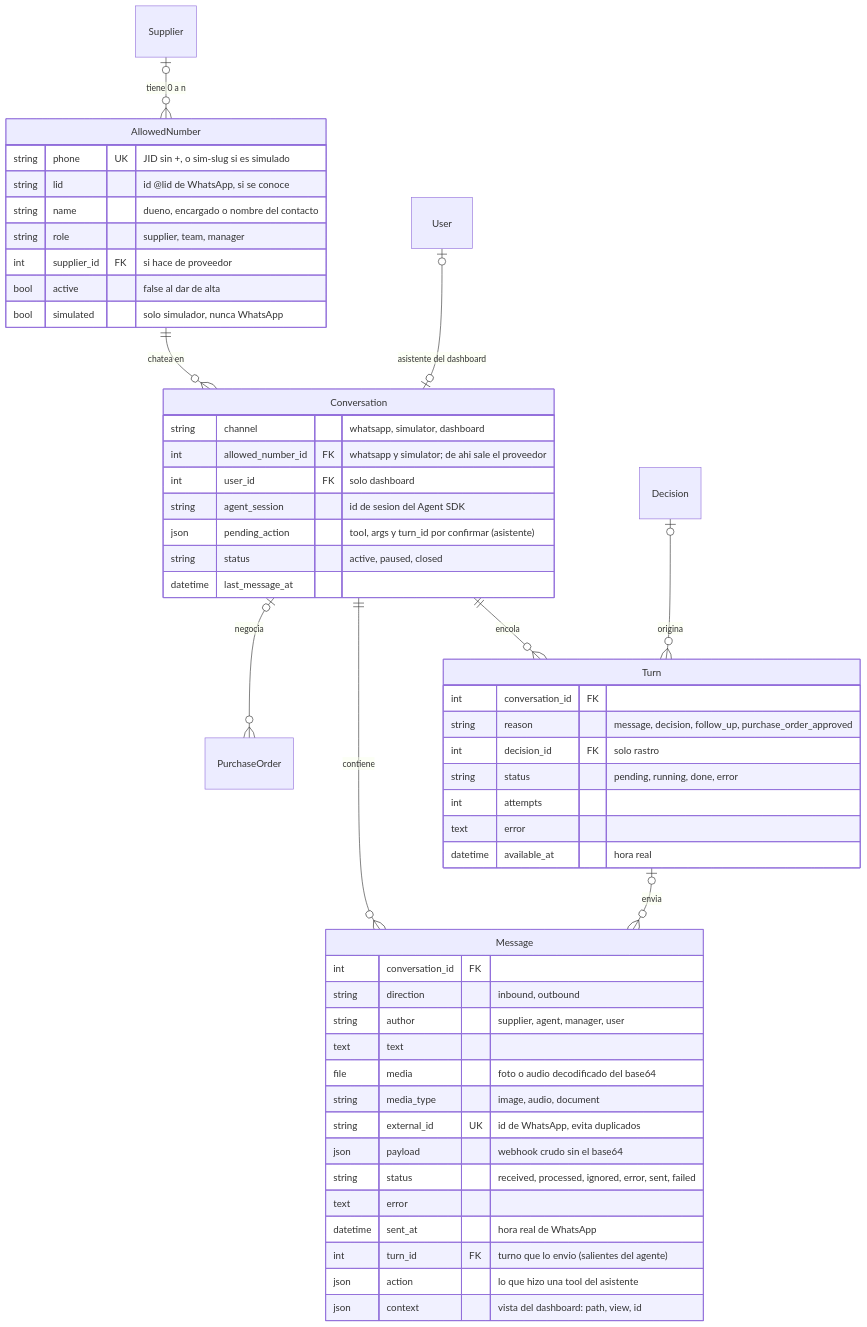
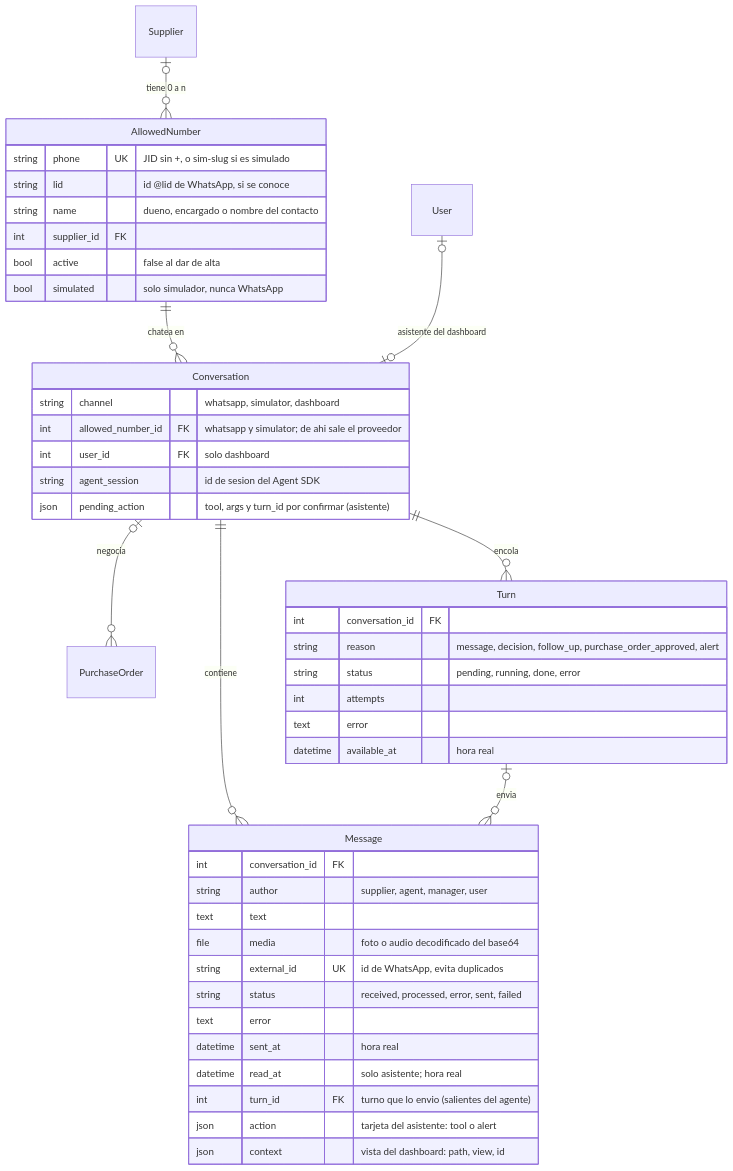
Before and after one commit to oscargicast/corpotex: the fourth of 11 diagrams in docs/backend/modelo-de-datos.md, drawn with Mermaid. The commit also changed other lines of this file and 32 other files, not shown here.

````diff
--- a/docs/backend/modelo-de-datos.md
+++ b/docs/backend/modelo-de-datos.md
@@ -474,55 +478,48 @@
 ```mermaid
 erDiagram
     Supplier |o--o{ AllowedNumber : "tiene 0 a n"
     AllowedNumber ||--o{ Conversation : "chatea en"
     User |o--o| Conversation : "asistente del dashboard"
     Conversation |o--o{ PurchaseOrder : "negocia"
     Conversation ||--o{ Message : "contiene"
     Conversation ||--o{ Turn : "encola"
     Turn |o--o{ Message : "envia"
-    Decision |o--o{ Turn : "origina"
 
     AllowedNumber {
         string phone UK "JID sin +, o sim-slug si es simulado"
         string lid "id @lid de WhatsApp, si se conoce"
         string name "dueno, encargado o nombre del contacto"
-        string role "supplier, team, manager"
-        int supplier_id FK "si hace de proveedor"
+        int supplier_id FK
         bool active "false al dar de alta"
         bool simulated "solo simulador, nunca WhatsApp"
     }
     Conversation {
         string channel "whatsapp, simulator, dashboard"
         int allowed_number_id FK "whatsapp y simulator; de ahi sale el proveedor"
         int user_id FK "solo dashboard"
         string agent_session "id de sesion del Agent SDK"
         json pending_action "tool, args y turn_id por confirmar (asistente)"
-        string status "active, paused, closed"
-        datetime last_message_at
     }
     Message {
         int conversation_id FK
-        string direction "inbound, outbound"
         string author "supplier, agent, manager, user"
         text text
         file media "foto o audio decodificado del base64"
-        string media_type "image, audio, document"
         string external_id UK "id de WhatsApp, evita duplicados"
-        json payload "webhook crudo sin el base64"
-        string status "received, processed, ignored, error, sent, failed"
+        string status "received, processed, error, sent, failed"
         text error
-        datetime sent_at "hora real de WhatsApp"
+        datetime sent_at "hora real"
+        datetime read_at "solo asistente; hora real"
         int turn_id FK "turno que lo envio (salientes del agente)"
-        json action "lo que hizo una tool del asistente"
+        json action "tarjeta del asistente: tool o alert"
         json context "vista del dashboard: path, view, id"
     }
     Turn {
         int conversation_id FK
-        string reason "message, decision, follow_up, purchase_order_approved"
-        int decision_id FK "solo rastro"
+        string reason "message, decision, follow_up, purchase_order_approved, alert"
         string status "pending, running, done, error"
         int attempts
         text error
         datetime available_at "hora real"
     }
 ```
````
